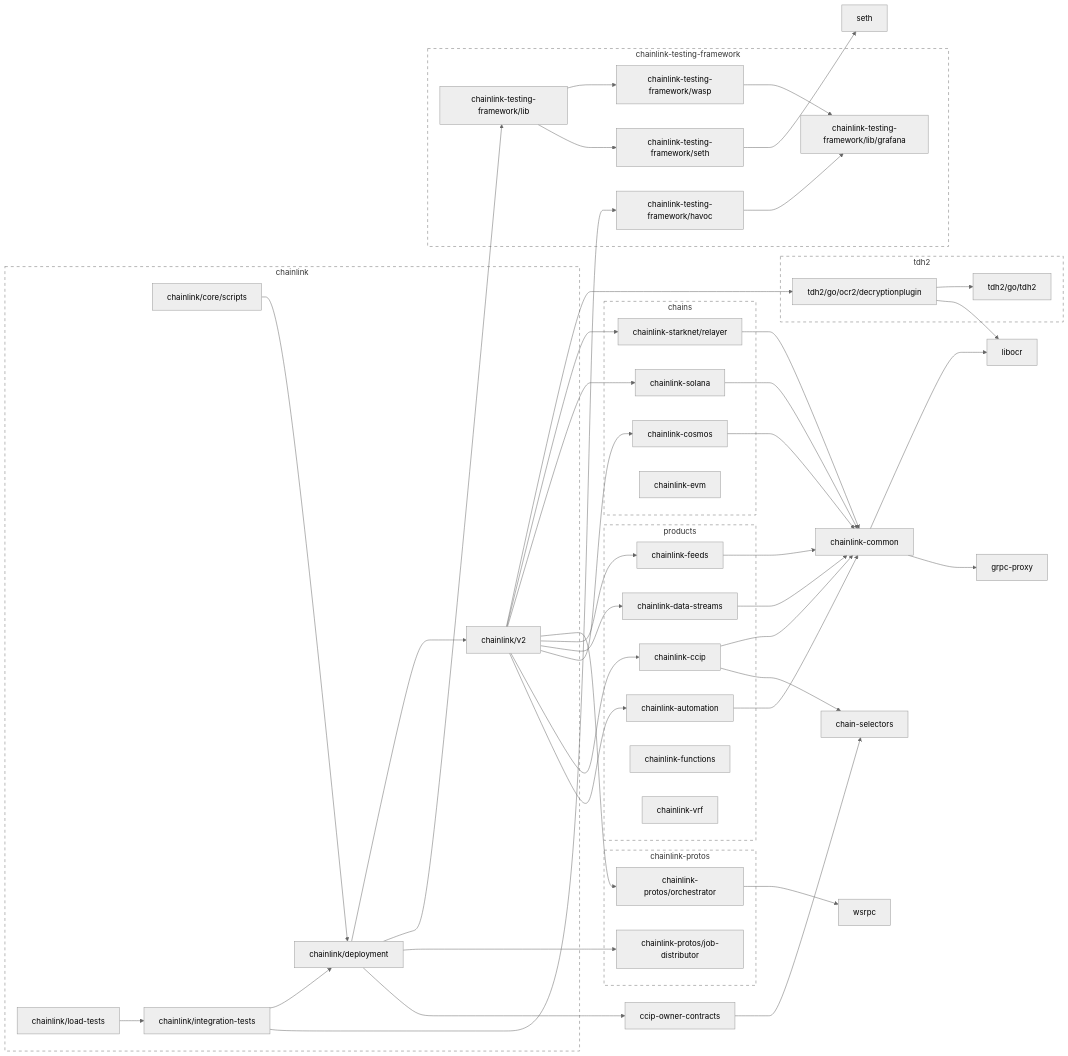
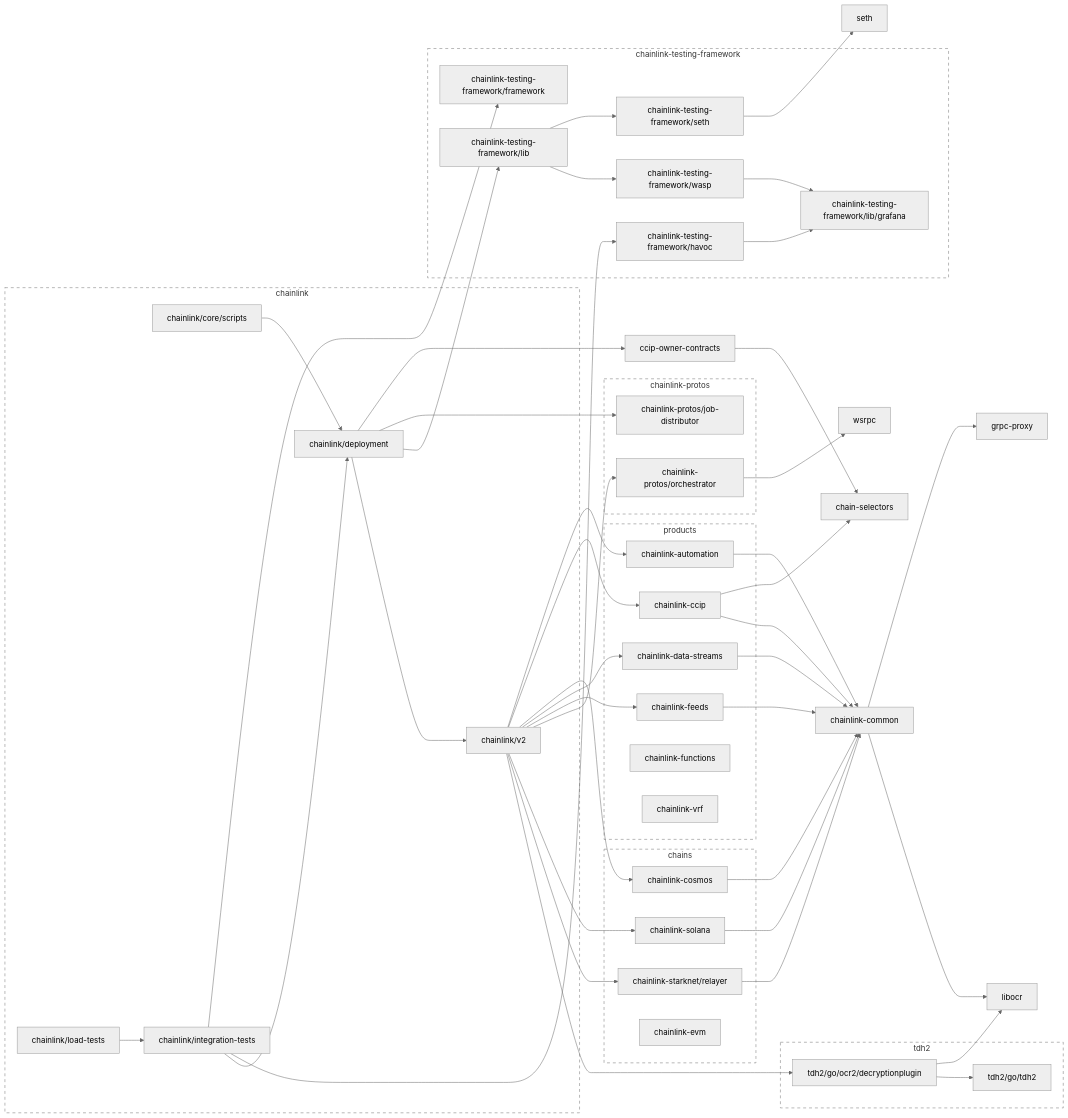
Before and after one commit to smartcontractkit/chainlink: the second of 2 diagrams in go.md, drawn with Mermaid (neutral theme). The commit also changed 1 other file, not shown here.

Commit message:
lint clean up

```diff
--- a/go.md
+++ b/go.md
@@ -122,6 +122,8 @@
 	click chainlink-solana href "https://github.com/smartcontractkit/chainlink-solana"
 	chainlink-starknet/relayer --> chainlink-common
 	click chainlink-starknet/relayer href "https://github.com/smartcontractkit/chainlink-starknet"
+	chainlink-testing-framework/framework
+	click chainlink-testing-framework/framework href "https://github.com/smartcontractkit/chainlink-testing-framework"
 	chainlink-testing-framework/havoc --> chainlink-testing-framework/lib/grafana
 	click chainlink-testing-framework/havoc href "https://github.com/smartcontractkit/chainlink-testing-framework"
 	chainlink-testing-framework/lib --> chainlink-testing-framework/seth
@@ -140,6 +142,7 @@
 	chainlink/deployment --> chainlink-testing-framework/lib
 	chainlink/deployment --> chainlink/v2
 	click chainlink/deployment href "https://github.com/smartcontractkit/chainlink"
+	chainlink/integration-tests --> chainlink-testing-framework/framework
 	chainlink/integration-tests --> chainlink-testing-framework/havoc
 	chainlink/integration-tests --> chainlink/deployment
 	click chainlink/integration-tests href "https://github.com/smartcontractkit/chainlink"
@@ -185,6 +188,7 @@
 	click chainlink-protos-repo href "https://github.com/smartcontractkit/chainlink-protos"
 
 	subgraph chainlink-testing-framework-repo[chainlink-testing-framework]
+		 chainlink-testing-framework/framework
 		 chainlink-testing-framework/havoc
 		 chainlink-testing-framework/lib
 		 chainlink-testing-framework/lib/grafana
```
